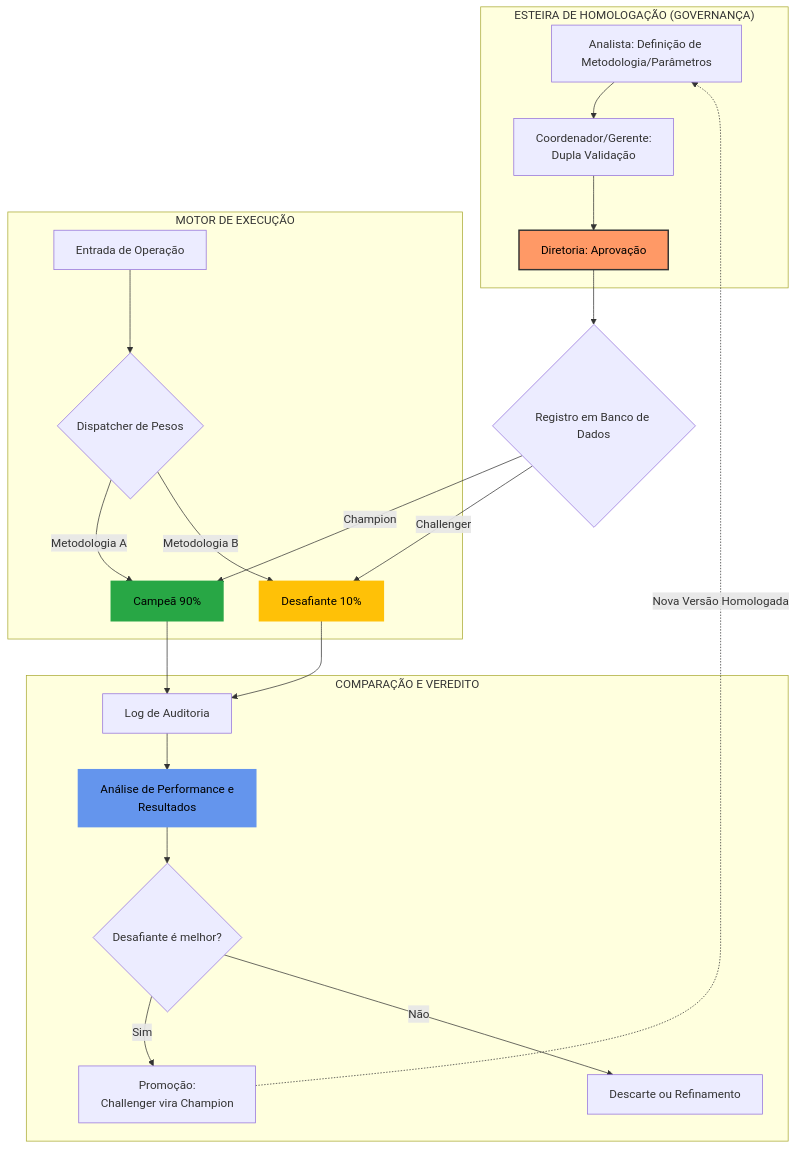
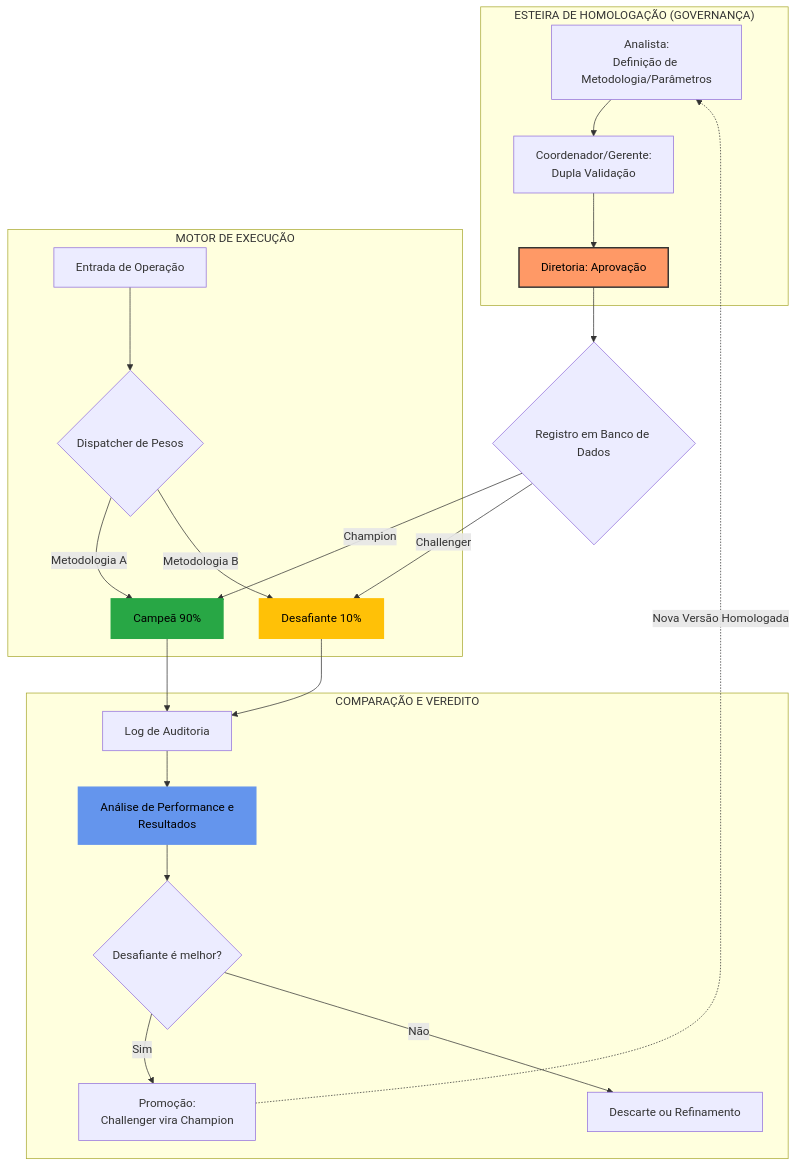
The third of 3 diagrams in README.md (Pireddas/pireddas), drawn with Mermaid before and after one commit.

````diff
--- a/README.md
+++ b/README.md
@@ -435,41 +435,41 @@
 ```mermaid
 graph TD
     %% Camada de Alçadas e Aprovação
     subgraph Alçadas ["ESTEIRA DE HOMOLOGAÇÃO (GOVERNANÇA)"]
-        A[Analista: Definição de Metodologia/Parâmetros] --> B[Coordenador/Gerente:<br/>Dupla Validação]
+        A[Analista:<br>Definição de Metodologia/Parâmetros] --> B[Coordenador/Gerente:<br/>Dupla Validação]
         B --> C[Diretoria: Aprovação]
     end
 
     %% Registro e Estados
     C --> D{Registro em Banco de Dados}
     D -->|Champion| E[Campeã 90%]
     D -->|Challenger| F[Desafiante 10%]
 
     %% Camada de Execução (Dispatcher)
     subgraph Execucao ["MOTOR DE EXECUÇÃO"]
         G[Entrada de Operação] --> H{Dispatcher de Pesos}
         H -->|Metodologia A| E
         H -->|Metodologia B| F
     end
 
     %% Auditoria e Resultados
     E --> I[Log de Auditoria]
     F --> I
     
     subgraph Analise ["COMPARAÇÃO E VEREDITO"]
         I --> J[Análise de Performance e<br/>Resultados]
         J --> K{Desafiante é melhor?}
         K -->|Sim| L[Promoção:<br/>Challenger vira Champion]
         K -->|Não| M[Descarte ou Refinamento]
     end
 
     %% Retroalimentação
     L -.->|Nova Versão Homologada| A
 
     %% Estilização
     style C fill:#f96,stroke:#333,stroke-width:2px,color:#000
     style E fill:#28a745,stroke:#28a745,stroke-width:2px,color:#000
     style F fill:#ffc107,stroke:#ffc107,stroke-width:2px,color:#000
     style J fill:#6495ED,stroke:#6495ED,stroke-width:2px,color:#000
 
 ```
````
